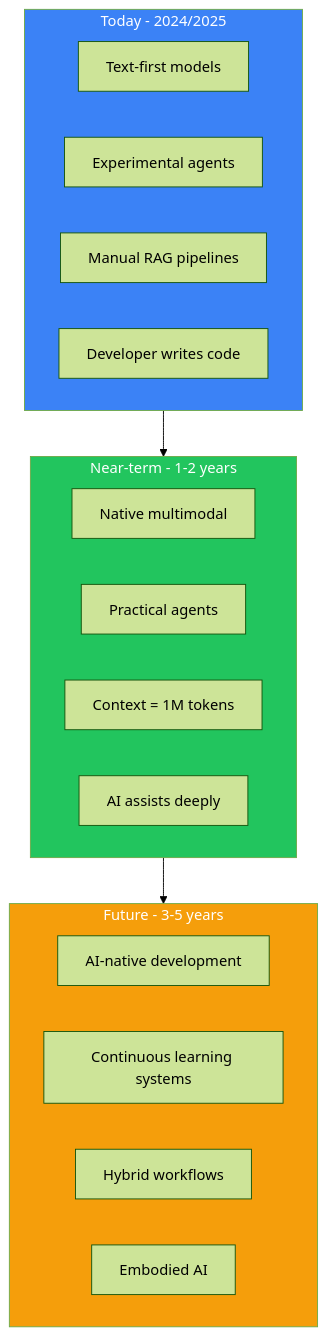
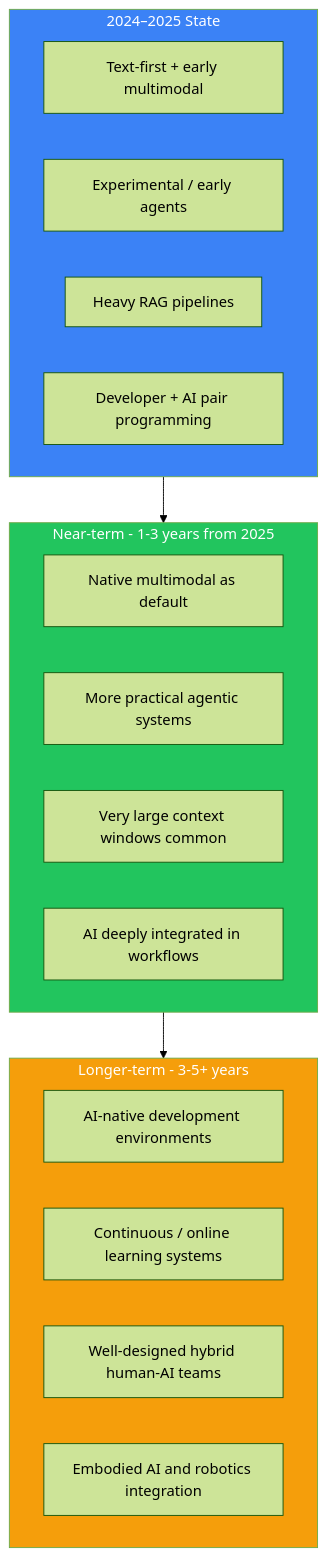
The first of 3 diagrams in src/content/modules/future-ai-career.mdx (smartbeep4/trainer), drawn with Mermaid (forest theme) before and after one commit. The commit also changed other lines of this file and 58 other files, not shown here.

````diff
--- a/src/content/modules/future-ai-career.mdx
+++ b/src/content/modules/future-ai-career.mdx
@@ -53,30 +55,30 @@
 ```mermaid
 graph TB
-    subgraph Now[Today - 2024/2025]
-        N1[Text-first models]
-        N2[Experimental agents]
-        N3[Manual RAG pipelines]
-        N4[Developer writes code]
+    subgraph Recent[2024–2025 State]
+        N1[Text-first + early multimodal]
+        N2[Experimental / early agents]
+        N3[Heavy RAG pipelines]
+        N4[Developer + AI pair programming]
     end
 
-    subgraph Near[Near-term - 1-2 years]
-        T1[Native multimodal]
-        T2[Practical agents]
-        T3[Context = 1M tokens]
-        T4[AI assists deeply]
+    subgraph Near[Near-term - 1-3 years from 2025]
+        T1[Native multimodal as default]
+        T2[More practical agentic systems]
+        T3[Very large context windows common]
+        T4[AI deeply integrated in workflows]
     end
 
-    subgraph Future[Future - 3-5 years]
-        F1[AI-native development]
-        F2[Continuous learning systems]
-        F3[Hybrid workflows]
-        F4[Embodied AI]
+    subgraph Future[Longer-term - 3-5+ years]
+        F1[AI-native development environments]
+        F2[Continuous / online learning systems]
+        F3[Well-designed hybrid human-AI teams]
+        F4[Embodied AI and robotics integration]
     end
 
-    Now --> Near
+    Recent --> Near
     Near --> Future
 
-    style Now fill:#3b82f6,color:#fff
+    style Recent fill:#3b82f6,color:#fff
     style Near fill:#22c55e,color:#fff
     style Future fill:#f59e0b,color:#fff
 ```
````
